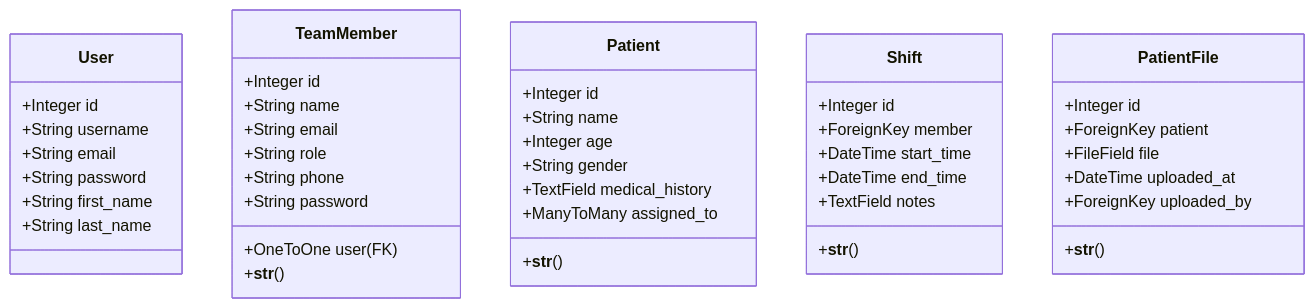
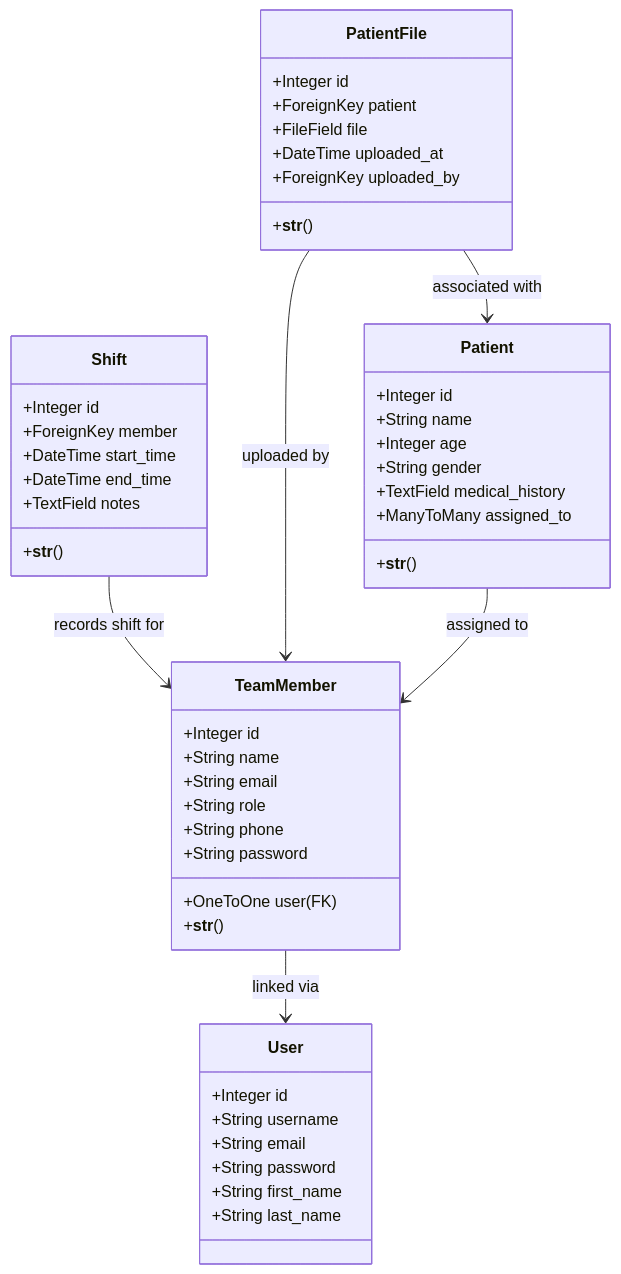
Before and after one commit to ZakariaBenarbia/application-de-coordination-medicale: the diagram in README.md, drawn with Mermaid.

Commit message:
README.md

````diff
--- a/README.md
+++ b/README.md
@@ -60,52 +60,57 @@
 ```mermaid
 classDiagram
     class User {
         +Integer id
         +String username
         +String email
         +String password
         +String first_name
         +String last_name
     }
 
     class TeamMember {
         +Integer id
         +String name
         +String email
         +String role
         +String phone
         +String password
         +OneToOne user (FK)
         +__str__()
     }
 
     class Patient {
         +Integer id
         +String name
         +Integer age
         +String gender
         +TextField medical_history
         +ManyToMany assigned_to
         +__str__()
     }
 
     class Shift {
         +Integer id
         +ForeignKey member
         +DateTime start_time
         +DateTime end_time
         +TextField notes
         +__str__()
     }
 
     class PatientFile {
         +Integer id
         +ForeignKey patient
         +FileField file
         +DateTime uploaded_at
         +ForeignKey uploaded_by
         +__str__()
     }
+ TeamMember  -->  User : linked via
+    Shift -->  TeamMember : records shift for
+    PatientFile  --> TeamMember : uploaded by
+    PatientFile -->  Patient : associated with
+    Patient  -->  TeamMember : assigned to
 
    
 ```
````
